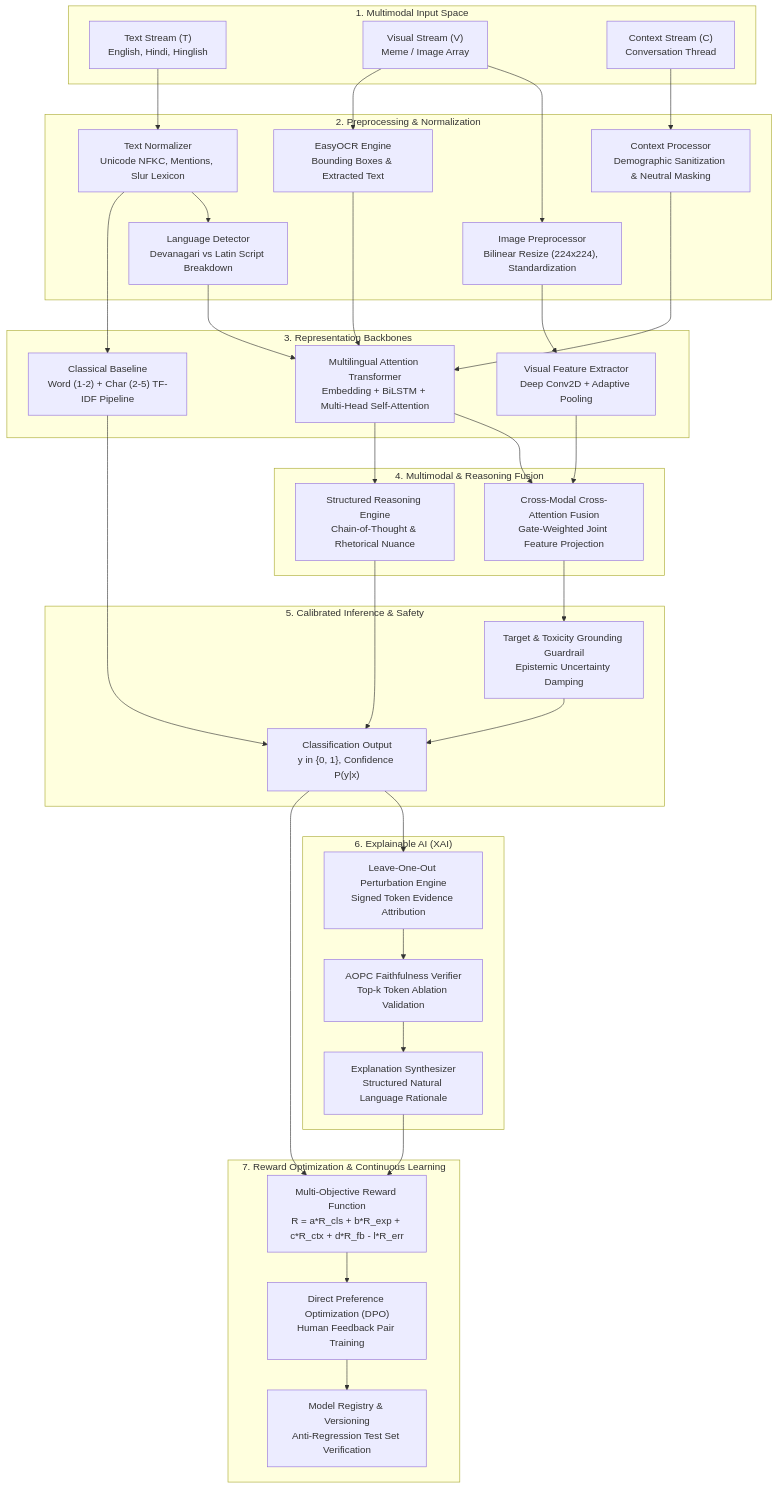
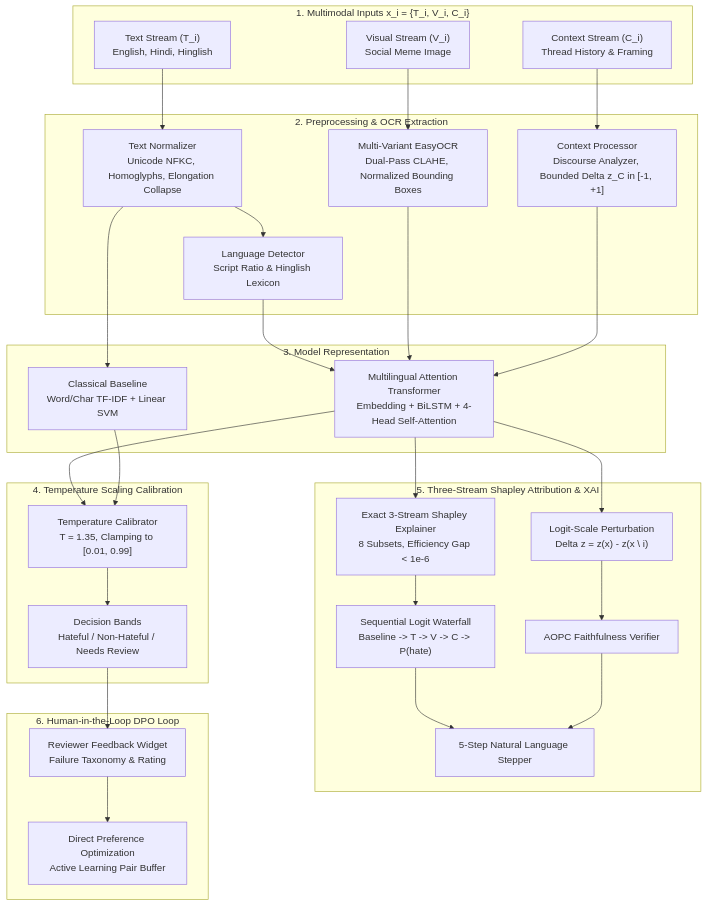
One commit to Nakshatra0110/Hate_Speech_NLP changed the diagram in README.md. Above: the diagram before and after it, drawn with Mermaid. The commit also changed other lines of this file and 3 other files, not shown here.

````diff
--- a/README.md
+++ b/README.md
@@ -38,61 +33,50 @@
 ```mermaid
 flowchart TD
-    subgraph Inputs["1. Multimodal Input Space"]
-        T["Text Stream (T)<br/>English, Hindi, Hinglish"]
-        V["Visual Stream (V)<br/>Meme / Image Array"]
-        C["Context Stream (C)<br/>Conversation Thread"]
+    subgraph Inputs["1. Multimodal Inputs x_i = {T_i, V_i, C_i}"]
+        T["Text Stream (T_i)<br/>English, Hindi, Hinglish"]
+        V["Visual Stream (V_i)<br/>Social Meme Image"]
+        C["Context Stream (C_i)<br/>Thread History & Framing"]
     end
 
-    subgraph Preprocessing["2. Preprocessing & Normalization"]
-        T_NORM["Text Normalizer<br/>Unicode NFKC, Mentions, Slur Lexicon"]
-        LANG["Language Detector<br/>Devanagari vs Latin Script Breakdown"]
-        OCR["EasyOCR Engine<br/>Bounding Boxes & Extracted Text"]
-        IMG_PROC["Image Preprocessor<br/>Bilinear Resize (224x224), Standardization"]
-        CTX_PROC["Context Processor<br/>Demographic Sanitization & Neutral Masking"]
+    subgraph Preprocessing["2. Preprocessing & OCR Extraction"]
+        T_NORM["Text Normalizer<br/>Unicode NFKC, Homoglyphs, Elongation Collapse"]
+        LANG["Language Detector<br/>Script Ratio & Hinglish Lexicon"]
+        OCR["Multi-Variant EasyOCR<br/>Dual-Pass CLAHE, Normalized Bounding Boxes"]
+        CTX_PROC["Context Processor<br/>Discourse Analyzer, Bounded Delta z_C in [-1, +1]"]
     end
 
-    subgraph Encoders["3. Representation Backbones"]
-        TRANS["Multilingual Attention Transformer<br/>Embedding + BiLSTM + Multi-Head Self-Attention"]
-        CLASSICAL["Classical Baseline<br/>Word (1-2) + Char (2-5) TF-IDF Pipeline"]
-        CNN["Visual Feature Extractor<br/>Deep Conv2D + Adaptive Pooling"]
+    subgraph Encoders["3. Model Representation"]
+        TRANS["Multilingual Attention Transformer<br/>Embedding + BiLSTM + 4-Head Self-Attention"]
+        CLASSICAL["Classical Baseline<br/>Word/Char TF-IDF + Linear SVM"]
     end
 
-    subgraph FusionEngine["4. Multimodal & Reasoning Fusion"]
-        XATTN["Cross-Modal Cross-Attention Fusion<br/>Gate-Weighted Joint Feature Projection"]
-        LLM_REASON["Structured Reasoning Engine<br/>Chain-of-Thought & Rhetorical Nuance"]
+    subgraph Calibration["4. Temperature Scaling Calibration"]
+        CALIB["Temperature Calibrator<br/>T = 1.35, Clamping to [0.01, 0.99]"]
+        BANDS["Decision Bands<br/>Hateful / Non-Hateful / Needs Review"]
     end
 
-    subgraph Decision["5. Calibrated Inference & Safety"]
-        GUARD["Target & Toxicity Grounding Guardrail<br/>Epistemic Uncertainty Damping"]
-        OUT["Classification Output<br/>y in {0, 1}, Confidence P(y|x)"]
+    subgraph Attribution["5. Three-Stream Shapley Attribution & XAI"]
+        SHAPLEY["Exact 3-Stream Shapley Explainer<br/>8 Subsets, Efficiency Gap < 1e-6"]
+        WATERFALL["Sequential Logit Waterfall<br/>Baseline -> T -> V -> C -> P(hate)"]
+        LOO["Logit-Scale Perturbation<br/>Delta z = z(x) - z(x \ i)"]
+        AOPC["AOPC Faithfulness Verifier"]
+        SYNTH["5-Step Natural Language Stepper"]
     end
 
-    subgraph Interpretability["6. Explainable AI (XAI)"]
-        LOO["Leave-One-Out Perturbation Engine<br/>Signed Token Evidence Attribution"]
-        AOPC["AOPC Faithfulness Verifier<br/>Top-k Token Ablation Validation"]
-        SYNTH["Explanation Synthesizer<br/>Structured Natural Language Rationale"]
-    end
-
-    subgraph Alignment["7. Reward Optimization & Continuous Learning"]
-        REWARD["Multi-Objective Reward Function<br/>R = a*R_cls + b*R_exp + c*R_ctx + d*R_fb - l*R_err"]
-        DPO["Direct Preference Optimization (DPO)<br/>Human Feedback Pair Training"]
-        REGISTRY["Model Registry & Versioning<br/>Anti-Regression Test Set Verification"]
+    subgraph Alignment["6. Human-in-the-Loop DPO Loop"]
+        FB["Reviewer Feedback Widget<br/>Failure Taxonomy & Rating"]
+        DPO["Direct Preference Optimization<br/>Active Learning Pair Buffer"]
     end
 
     T --> T_NORM --> LANG --> TRANS
     T_NORM --> CLASSICAL
-    V --> IMG_PROC --> CNN
     V --> OCR --> TRANS
     C --> CTX_PROC --> TRANS
 
-    TRANS --> XATTN
-    CNN --> XATTN
-    XATTN --> GUARD --> OUT
-    CLASSICAL --> OUT
-    TRANS --> LLM_REASON --> OUT
+    TRANS --> CALIB --> BANDS
+    CLASSICAL --> CALIB
 
-    OUT --> LOO --> AOPC --> SYNTH
-    OUT --> REWARD
-    SYNTH --> REWARD
-    REWARD --> DPO --> REGISTRY
+    TRANS --> SHAPLEY --> WATERFALL --> SYNTH
+    TRANS --> LOO --> AOPC --> SYNTH
+    BANDS --> FB --> DPO
 ```
````
